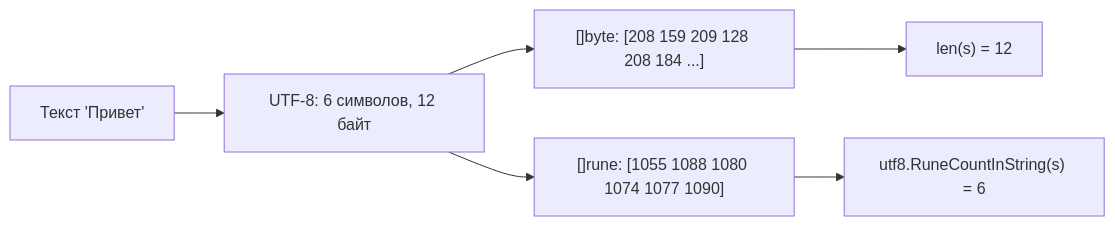
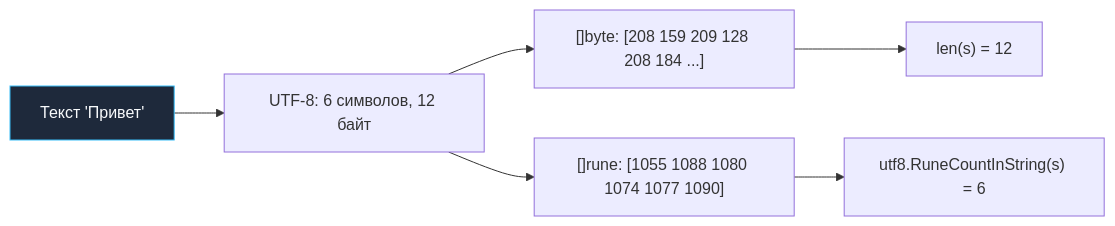
One commit to UnrealTemplier/go-textbook changed the second of 3 diagrams in sources/21. Задачи с LeetCode и собеседований на Go/02. Задачи/25. Строки/1. Теория. Строковые задачи.md. Above: the diagram before and after it, drawn with Mermaid. The commit also changed other lines of this file and 1666 other files, not shown here.

First line of the commit message:
feat(mermaid): add semantic color classDef to 1369 colorless flowchart/graph diagrams

````diff
--- a/sources/21. Задачи с LeetCode и собеседований на Go/02. Задачи/25. Строки/1. Теория. Строковые задачи.md
+++ b/sources/21. Задачи с LeetCode и собеседований на Go/02. Задачи/25. Строки/1. Теория. Строковые задачи.md
@@ -58,8 +68,18 @@
 ```mermaid
 flowchart LR
-    A["Текст 'Привет'"] --> B["UTF-8: 6 символов, 12 байт"]
+    classDef process  fill:#1e293b,stroke:#38bdf8,stroke-width:1px,color:#f8fafc
+    classDef success  fill:#064e3b,stroke:#34d399,stroke-width:1px,color:#f8fafc
+    classDef error    fill:#7f1d1d,stroke:#f87171,stroke-width:1px,color:#f8fafc
+    classDef warning  fill:#78350f,stroke:#fbbf24,stroke-width:1px,color:#f8fafc
+    classDef entry    fill:#1e3a5f,stroke:#38bdf8,stroke-width:2px,color:#f8fafc
+    classDef aux      fill:#334155,stroke:#64748b,stroke-width:1px,color:#f8fafc
+    classDef system   fill:#312e81,stroke:#a78bfa,stroke-width:1px,color:#f8fafc
+    classDef data     fill:#132d29,stroke:#2dd4bf,stroke-width:1px,color:#f8fafc
+    classDef network  fill:#881337,stroke:#fb7185,stroke-width:1px,color:#f8fafc
+    classDef accent   fill:#1e1b4b,stroke:#818cf8,stroke-width:1px,color:#f8fafc
+    A["Текст 'Привет'"]:::process --> B["UTF-8: 6 символов, 12 байт"]
     B --> C["[]byte: [208 159 209 128 208 184 ...]"]
     B --> D["[]rune: [1055 1088 1080 1074 1077 1090]"]
     C --> E["len(s) = 12"]
     D --> F["utf8.RuneCountInString(s) = 6"]
 ```
````
